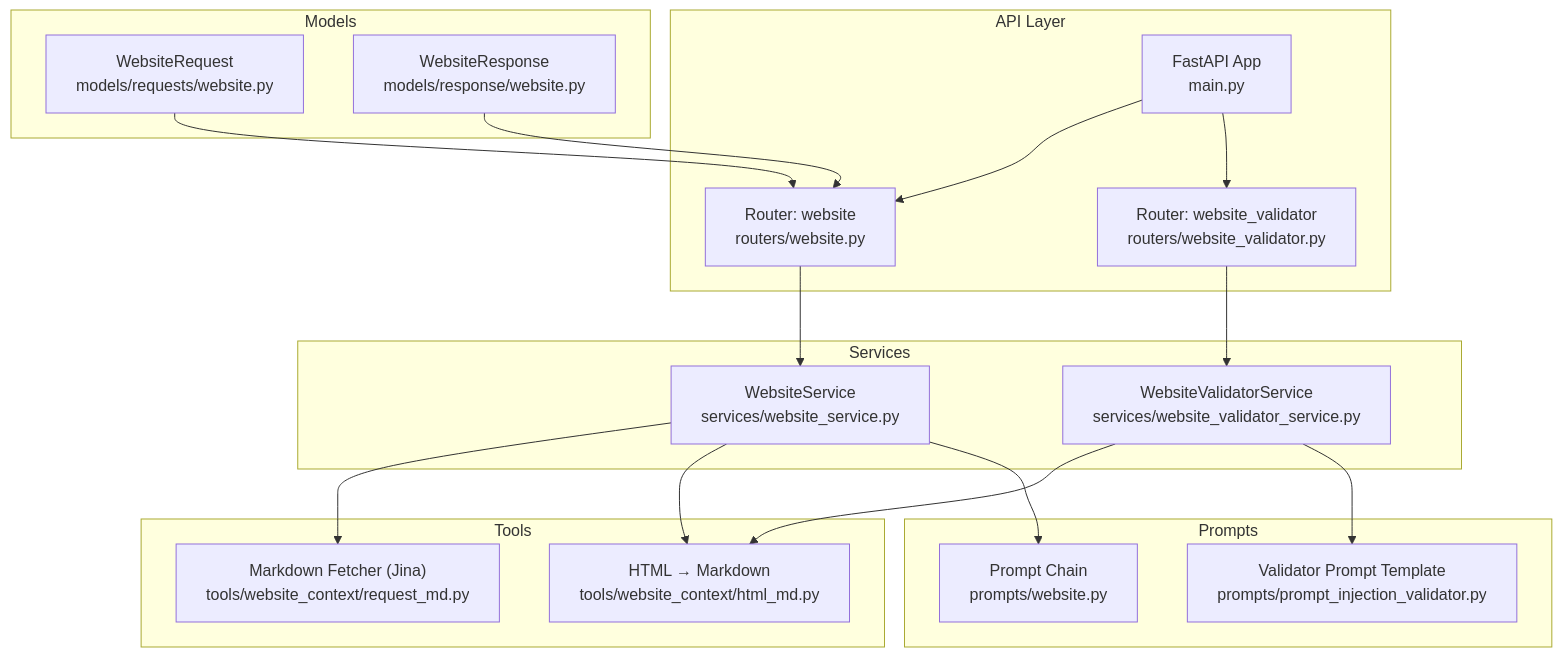
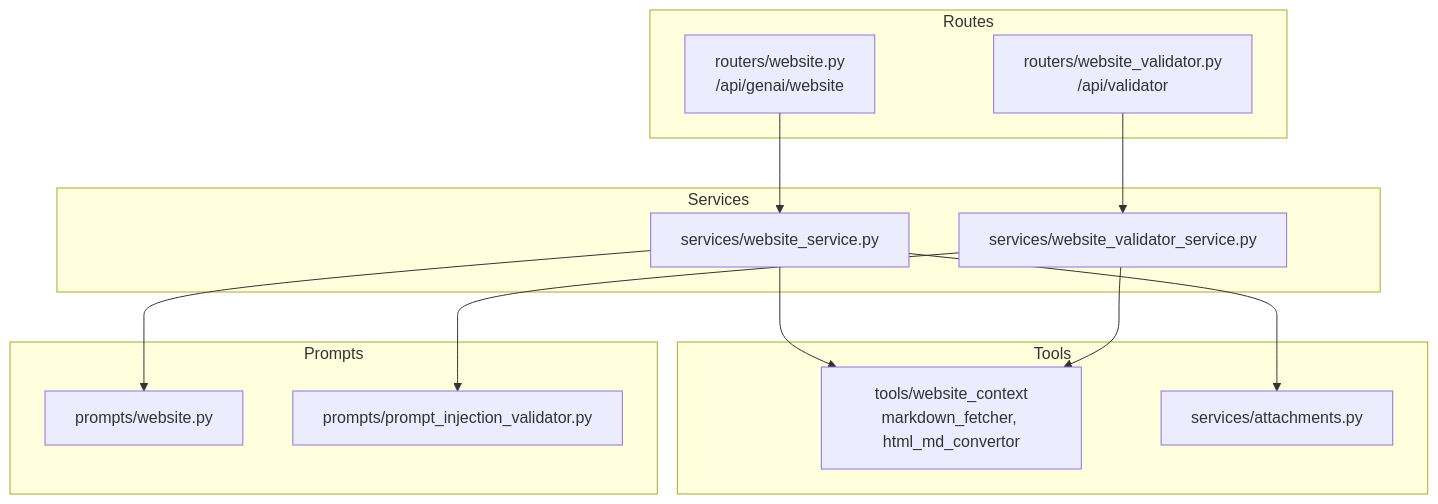
One commit to tashifkhan/tashif.codes changed the first of 6 diagrams in src/data/docs/agentic-browser/API Server/Website Processing API.md. Above: the diagram before and after it, drawn with Mermaid. The commit also changed other lines of this file and 114 other files, not shown here.

````diff
--- a/src/data/docs/agentic-browser/API Server/Website Processing API.md
+++ b/src/data/docs/agentic-browser/API Server/Website Processing API.md
@@ -9,33 +16,26 @@
 ```mermaid
 graph TB
-subgraph "API Layer"
-APP["FastAPI App<br/>main.py"]
-WEBSITE_RT["Router: website<br/>routers/website.py"]
-VALIDATOR_RT["Router: website_validator<br/>routers/website_validator.py"]
-end
-subgraph "Services"
-WS["WebsiteService<br/>services/website_service.py"]
-WVS["WebsiteValidatorService<br/>services/website_validator_service.py"]
-end
-subgraph "Models"
-REQ["WebsiteRequest<br/>models/requests/website.py"]
-RES["WebsiteResponse<br/>models/response/website.py"]
-end
-subgraph "Prompts"
-PROMPT["Prompt Chain<br/>prompts/website.py"]
-PIV["Validator Prompt Template<br/>prompts/prompt_injection_validator.py"]
-end
-subgraph "Tools"
-RM["Markdown Fetcher (Jina)<br/>tools/website_context/request_md.py"]
-HM["HTML → Markdown<br/>tools/website_context/html_md.py"]
-end
-APP --> WEBSITE_RT --> WS
-APP --> VALIDATOR_RT --> WVS
-WS --> RM
-WS --> HM
-WS --> PROMPT
-WVS --> HM
-WVS --> PIV
-REQ --> WEBSITE_RT
-RES --> WEBSITE_RT
+  subgraph "Routes"
+    WEB["routers/website.py<br/>/api/genai/website"]
+    VAL["routers/website_validator.py<br/>/api/validator"]
+  end
+  subgraph "Services"
+    WS["services/website_service.py"]
+    VS["services/website_validator_service.py"]
+  end
+  subgraph "Tools"
+    WC["tools/website_context<br/>markdown_fetcher, html_md_convertor"]
+    ATT["services/attachments.py"]
+  end
+  subgraph "Prompts"
+    PW["prompts/website.py"]
+    VI["prompts/prompt_injection_validator.py"]
+  end
+  WEB --> WS
+  VAL --> VS
+  WS --> WC
+  WS --> PW
+  WS --> ATT
+  VS --> WC
+  VS --> VI
 ```
````
